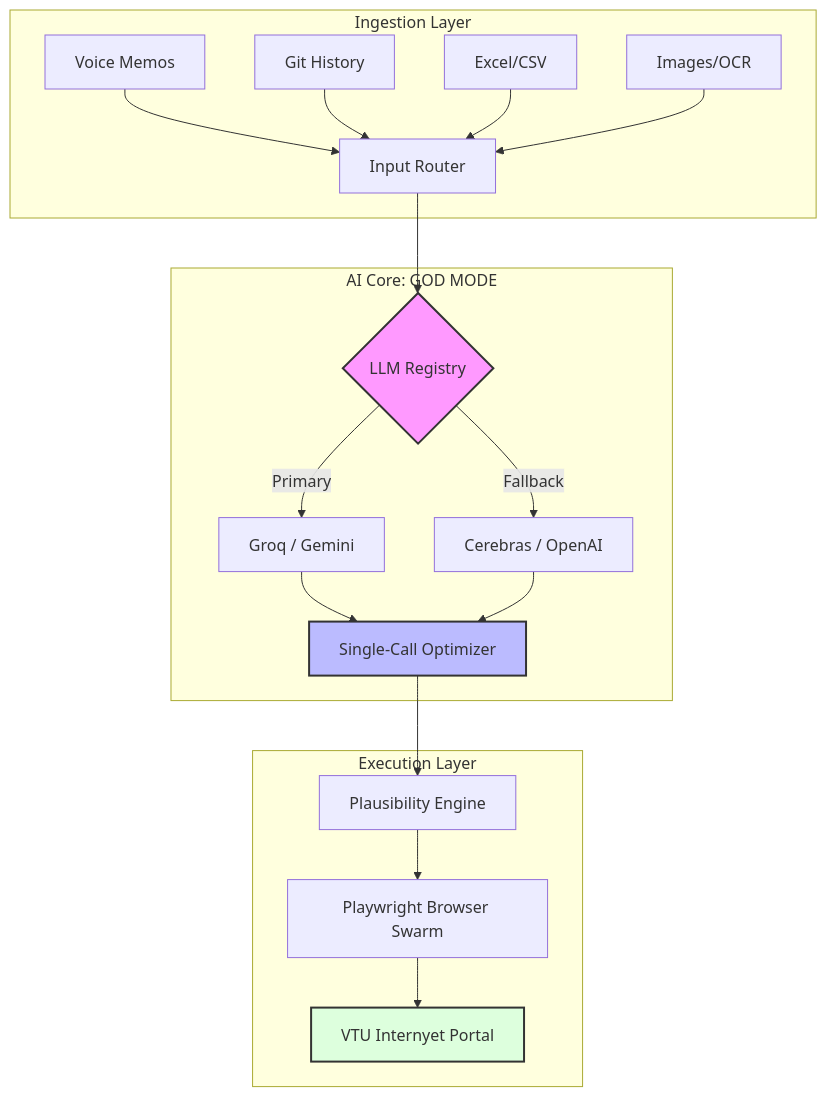
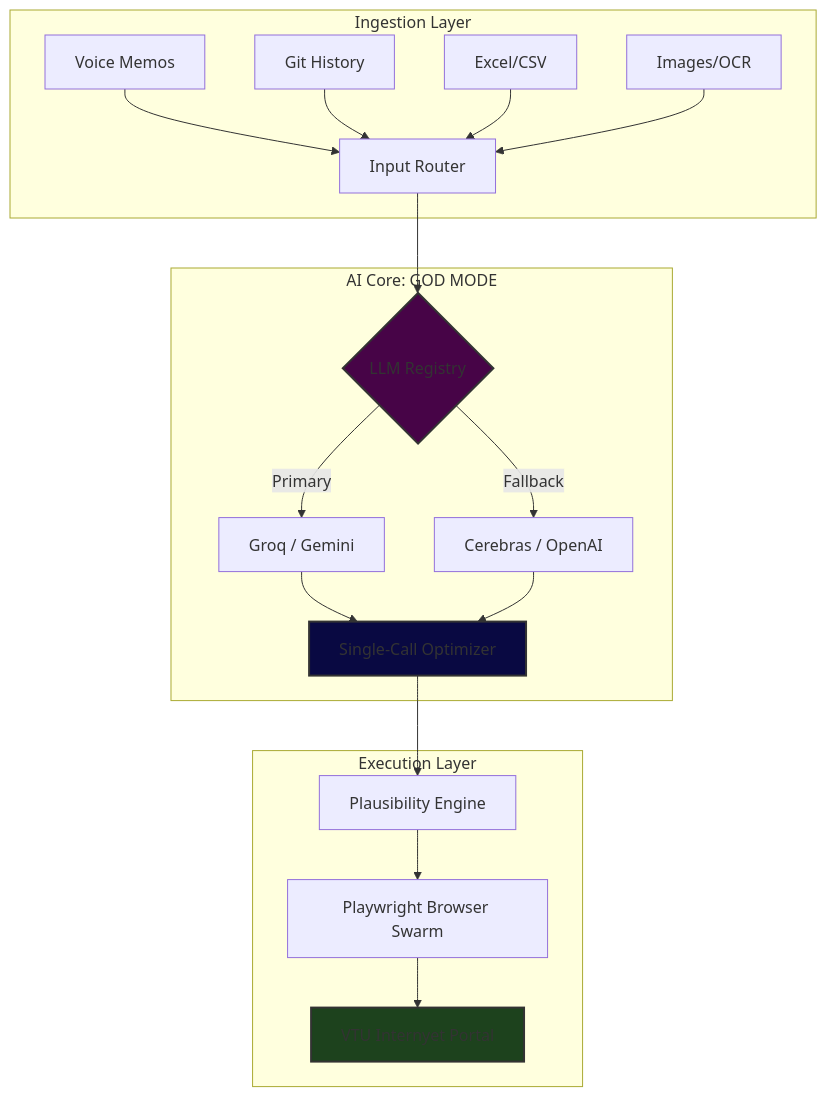
The diagram in README.md (rachan2005/VTU-nikki), drawn with Mermaid before and after one commit.

````diff
--- a/README.md
+++ b/README.md
@@ -5,26 +5,26 @@
 ```mermaid
 graph TD
     subgraph "Ingestion Layer"
         A1[Voice Memos] --> P[Input Router]
         A2[Git History] --> P
         A3[Excel/CSV] --> P
         A4[Images/OCR] --> P
     end
 
     subgraph "AI Core: GOD MODE"
         P --> B{LLM Registry}
         B -->|Primary| C1[Groq / Gemini]
         B -->|Fallback| C2[Cerebras / OpenAI]
         C1 & C2 --> D[Single-Call Optimizer]
     end
 
     subgraph "Execution Layer"
         D --> E[Plausibility Engine]
         E --> F[Playwright Browser Swarm]
         F --> G[VTU Internyet Portal]
     end
 
-    style B fill:#f9f,stroke:#333,stroke-width:2px
-    style D fill:#bbf,stroke:#333,stroke-width:2px
-    style G fill:#dfd,stroke:#333,stroke-width:2px
+    style B fill:#470447,stroke:#333,stroke-width:2px
+    style D fill:#090942,stroke:#333,stroke-width:2px
+    style G fill:#1d421d,stroke:#333,stroke-width:2px
 ```
````
